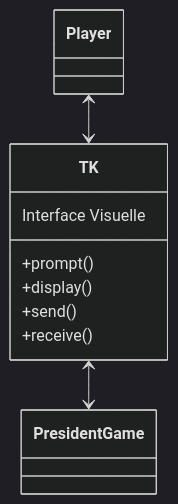
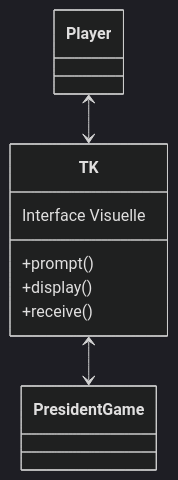
Before and after one commit to Mistayan/President-Game: the sixth of 6 diagrams in README.md, drawn with Mermaid (dark theme). The commit also changed other lines of this file, not shown here.

````diff
--- a/README.md
+++ b/README.md
@@ -236,13 +236,12 @@
 ```mermaid
 classDiagram
     Player <--> TK
     TK <--> PresidentGame
     class TK {
     Interface Visuelle
     +prompt()
     +display()
-    +send()
     +receive()
     }
     
 ```
````
